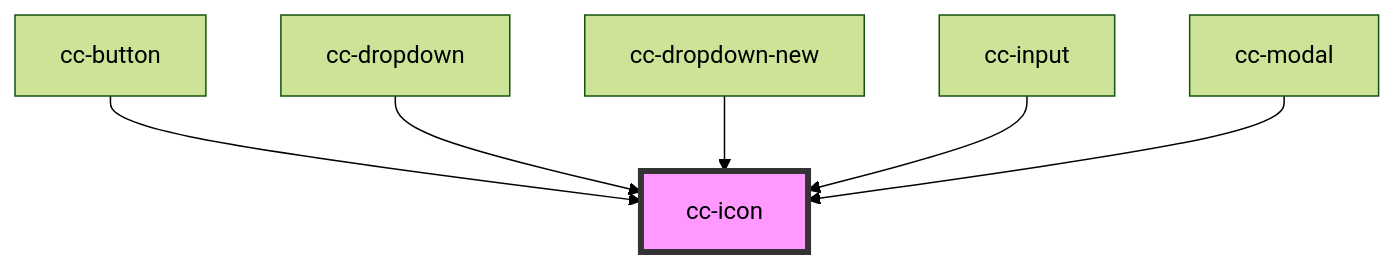
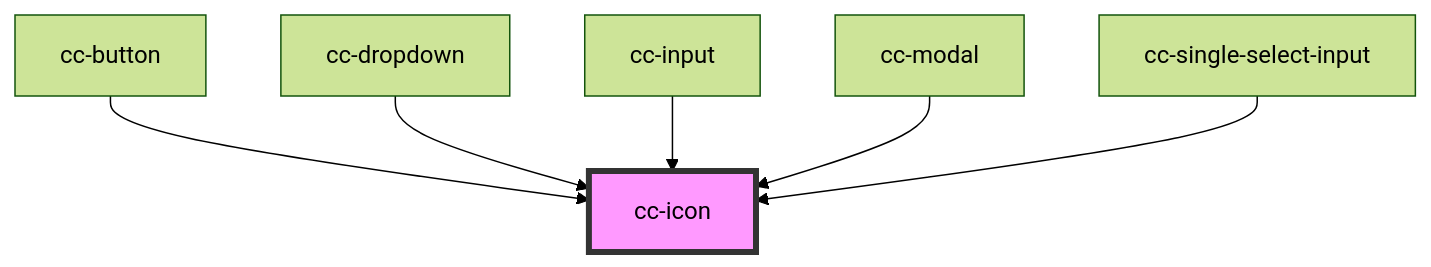
Before and after one commit to lacafetalab/cafeta-components: the diagram in packages/core/src/components/cc-icon/readme.md, drawn with Mermaid (forest theme). The commit also changed other lines of this file and 16 other files, not shown here.

Commit message:
feat() component single finle input

````diff
--- a/packages/core/src/components/cc-icon/readme.md
+++ b/packages/core/src/components/cc-icon/readme.md
@@ -27,9 +27,9 @@
 ```mermaid
 graph TD;
   cc-button --> cc-icon
   cc-dropdown --> cc-icon
-  cc-dropdown-new --> cc-icon
   cc-input --> cc-icon
   cc-modal --> cc-icon
+  cc-single-select-input --> cc-icon
   style cc-icon fill:#f9f,stroke:#333,stroke-width:4px
 ```
````
